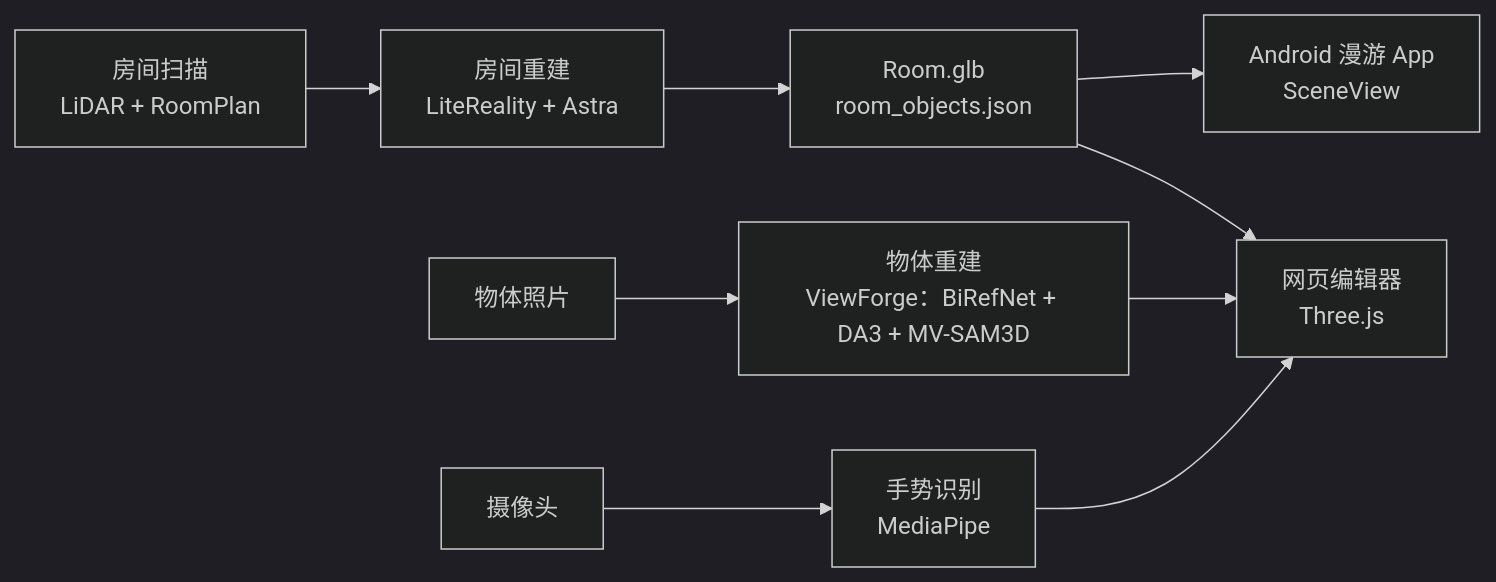
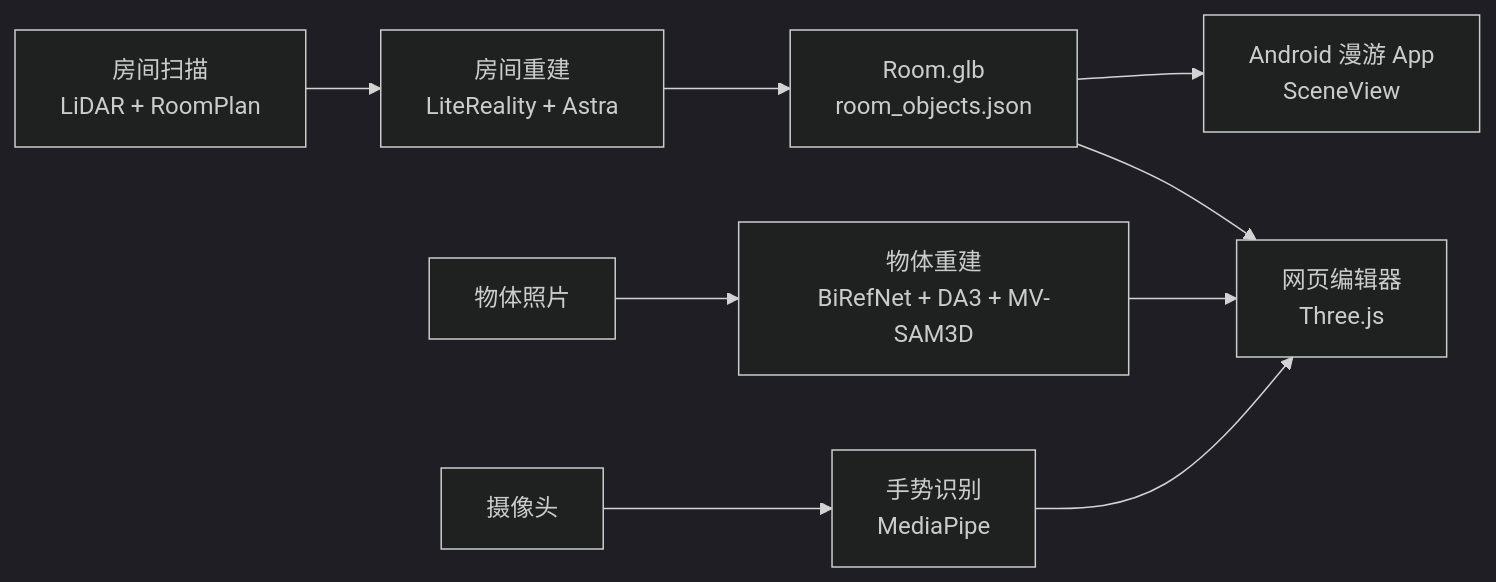
Before and after one commit to innovationasuna/RoomCanvas: the diagram in README.md, drawn with Mermaid (dark theme). The commit also changed other lines of this file and 8 other files, not shown here.

First line of the commit message:
docs: a fuller README — features, screenshots, quick start for every part, controls, roadmap, contributors

````diff
--- a/README.md
+++ b/README.md
@@ -43,10 +186,10 @@
 ```mermaid
 flowchart LR
   scan["房间扫描<br/>LiDAR + RoomPlan"] --> room["房间重建<br/>LiteReality + Astra"]
   room --> glb["Room.glb<br/>room_objects.json"]
-  photos["物体照片"] --> object["物体重建<br/>ViewForge：BiRefNet + DA3 + MV-SAM3D"]
+  photos["物体照片"] --> object["物体重建<br/>BiRefNet + DA3 + MV-SAM3D"]
   glb --> editor["网页编辑器<br/>Three.js"]
   object --> editor
   camera["摄像头"] --> gesture["手势识别<br/>MediaPipe"] --> editor
   glb --> app["Android 漫游 App<br/>SceneView"]
 ```
````
